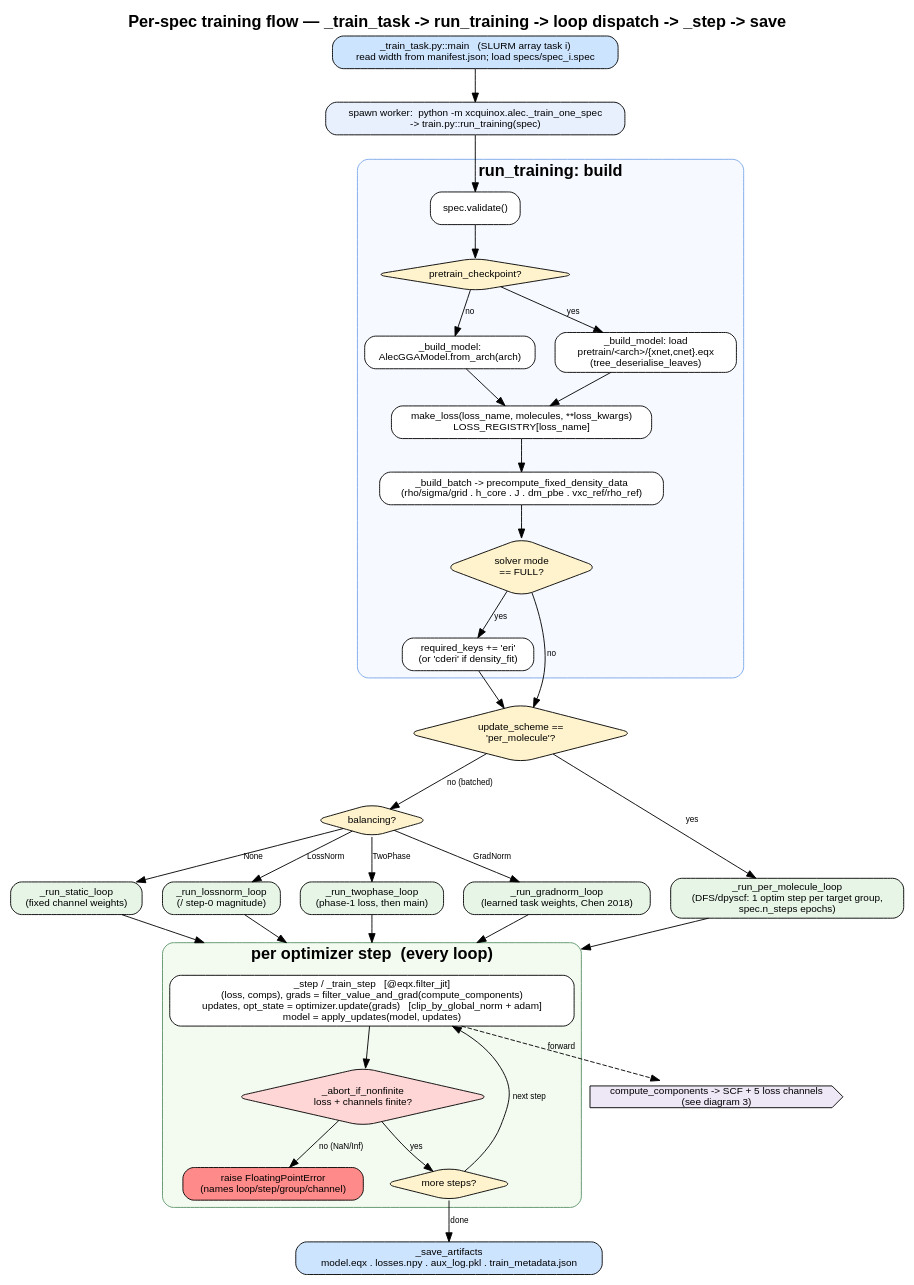
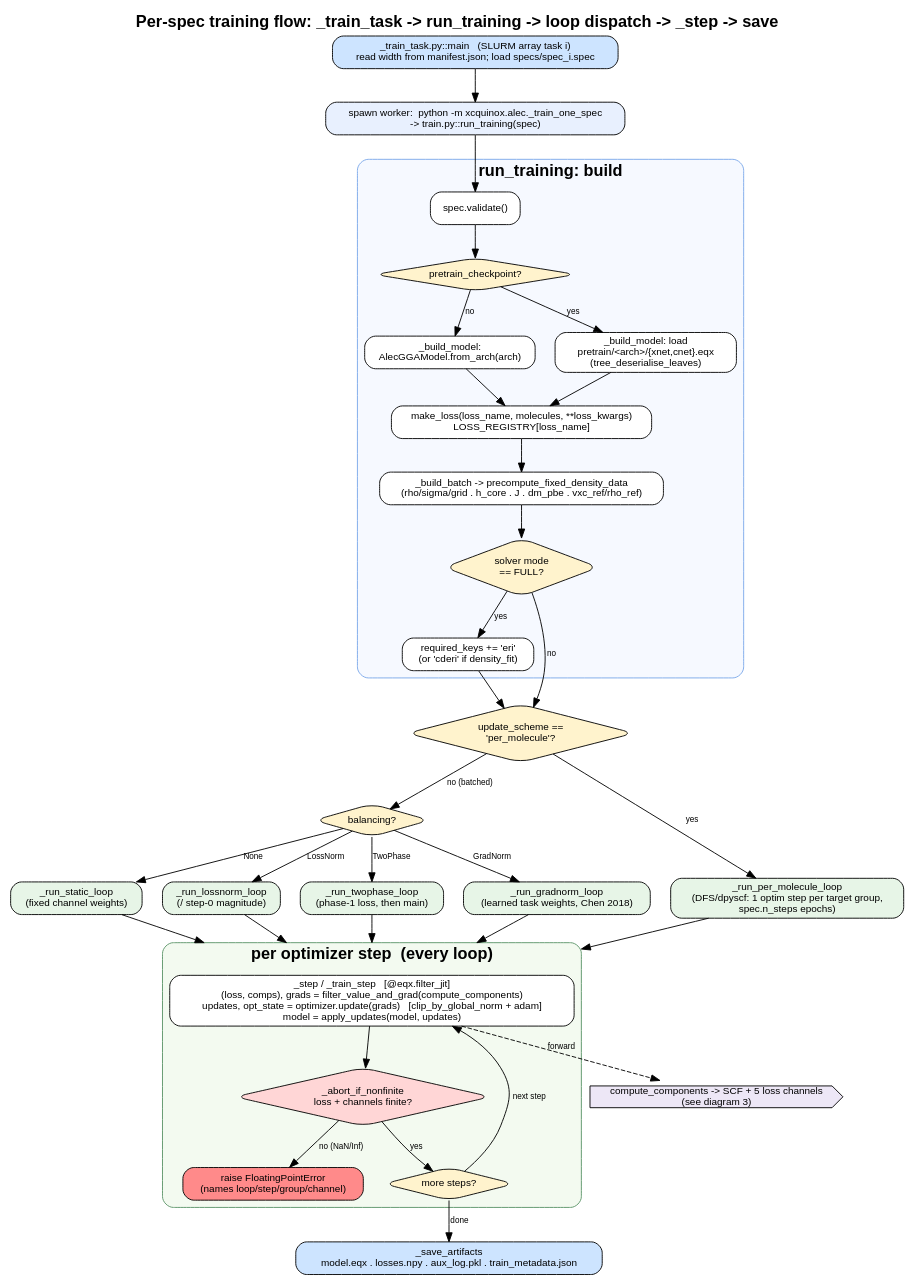
Before and after one commit to alecpwills/xcquinox: the diagram in docs/architecture/diagrams/02_training_flow.dot, drawn with Graphviz. The commit also changed 14 other files, not shown here.

Commit message:
revise user guide and architecture diagrams

```diff
--- a/docs/architecture/diagrams/02_training_flow.dot
+++ b/docs/architecture/diagrams/02_training_flow.dot
@@ -1,80 +1,80 @@
 // xcquinox.alec per-spec training flow.
 // Render:  dot -Tsvg 02_training_flow.dot -o 02_training_flow.svg
 digraph training_flow {
-  label="Per-spec training flow — _train_task -> run_training -> loop dispatch -> _step -> save";
+  label="Per-spec training flow: _train_task -> run_training -> loop dispatch -> _step -> save";
   labelloc=t; fontsize=18; fontname="Helvetica-Bold";
   rankdir=TB; compound=true; nodesep=0.3; ranksep=0.5;
   node [fontname="Helvetica", fontsize=11, shape=box, style="rounded,filled", fillcolor="#ffffff"];
   edge [fontname="Helvetica", fontsize=9];
 
   task   [shape=stadium, fillcolor="#cde4ff",
           label="_train_task.py::main   (SLURM array task i)\nread width from manifest.json; load specs/spec_i.spec"];
   worker [fillcolor="#e8f0fe",
           label="spawn worker:  python -m xcquinox.alec._train_one_spec\n-> train.py::run_training(spec)"];
   task -> worker;
 
   // ---- build model + batch ----
   subgraph cluster_build {
     label="run_training: build"; style=rounded; color="#7aa7e9"; bgcolor="#f6f9ff"; fontname="Helvetica-Bold";
     validate [label="spec.validate()"];
     d_pre    [shape=diamond, fillcolor="#fff3cd", label="pretrain_checkpoint?"];
     m_scratch[label="_build_model:\nAlecGGAModel.from_arch(arch)"];
     m_load   [label="_build_model: load\npretrain/<arch>/{xnet,cnet}.eqx\n(tree_deserialise_leaves)"];
     mkloss   [label="make_loss(loss_name, molecules, **loss_kwargs)\nLOSS_REGISTRY[loss_name]"];
     batch    [label="_build_batch -> precompute_fixed_density_data\n(rho/sigma/grid . h_core . J . dm_pbe . vxc_ref/rho_ref)"];
     d_full   [shape=diamond, fillcolor="#fff3cd", label="solver mode\n== FULL?"];
     add_eri  [label="required_keys += 'eri'\n(or 'cderi' if density_fit)"];
     validate -> d_pre;
     d_pre -> m_scratch [label="no"];
     d_pre -> m_load    [label="yes"];
     m_scratch -> mkloss; m_load -> mkloss;
     mkloss -> batch -> d_full;
     d_full -> add_eri [label="yes"];
   }
   worker -> validate;
 
   // ---- dispatch ----
   d_scheme [shape=diamond, fillcolor="#fff3cd", label="update_scheme ==\n'per_molecule'?"];
   d_bal    [shape=diamond, fillcolor="#fff3cd", label="balancing?"];
   l_perm   [fillcolor="#e7f5e7", label="_run_per_molecule_loop\n(DFS/dpyscf: 1 optim step per target group,\nspec.n_steps epochs)"];
   l_static [fillcolor="#e7f5e7", label="_run_static_loop\n(fixed channel weights)"];
   l_lnorm  [fillcolor="#e7f5e7", label="_run_lossnorm_loop\n(/ step-0 magnitude)"];
   l_2phase [fillcolor="#e7f5e7", label="_run_twophase_loop\n(phase-1 loss, then main)"];
   l_gnorm  [fillcolor="#e7f5e7", label="_run_gradnorm_loop\n(learned task weights, Chen 2018)"];
   add_eri -> d_scheme; d_full -> d_scheme [label="no"];
   d_scheme -> l_perm [label="yes"];
   d_scheme -> d_bal  [label="no (batched)"];
   d_bal -> l_static [label="None"];
   d_bal -> l_lnorm  [label="LossNorm"];
   d_bal -> l_2phase [label="TwoPhase"];
   d_bal -> l_gnorm  [label="GradNorm"];
 
   // ---- shared per-step ----
   subgraph cluster_step {
     label="per optimizer step  (every loop)"; style=rounded; color="#5a9367"; bgcolor="#f3faf0"; fontname="Helvetica-Bold";
     step  [fillcolor="#ffffff",
            label="_step / _train_step   [@eqx.filter_jit]\n(loss, comps), grads = filter_value_and_grad(compute_components)\nupdates, opt_state = optimizer.update(grads)   [clip_by_global_norm + adam]\nmodel = apply_updates(model, updates)"];
     guard [shape=diamond, fillcolor="#ffd6d6", label="_abort_if_nonfinite\nloss + channels finite?"];
     raise [shape=box, style="rounded,filled", fillcolor="#ff8a8a",
            label="raise FloatingPointError\n(names loop/step/group/channel)"];
     more  [shape=diamond, fillcolor="#fff3cd", label="more steps?"];
     step -> guard;
     guard -> raise [label="no (NaN/Inf)"];
     guard -> more  [label="yes"];
     more  -> step  [label="next step", constraint=false];
   }
   l_perm -> step [lhead=cluster_step];
   l_static -> step [lhead=cluster_step];
   l_lnorm -> step [lhead=cluster_step];
   l_2phase -> step [lhead=cluster_step];
   l_gnorm -> step [lhead=cluster_step];
 
   // compute_components links to diagram 3
   cc [shape=cds, style=filled, fillcolor="#ede7f6",
       label="compute_components -> SCF + 5 loss channels\n(see diagram 3)"];
   step -> cc [style=dashed, label=" forward"];
 
   save [fillcolor="#cde4ff",
         label="_save_artifacts\nmodel.eqx . losses.npy . aux_log.pkl . train_metadata.json"];
   more -> save [label="done"];
 }
```
